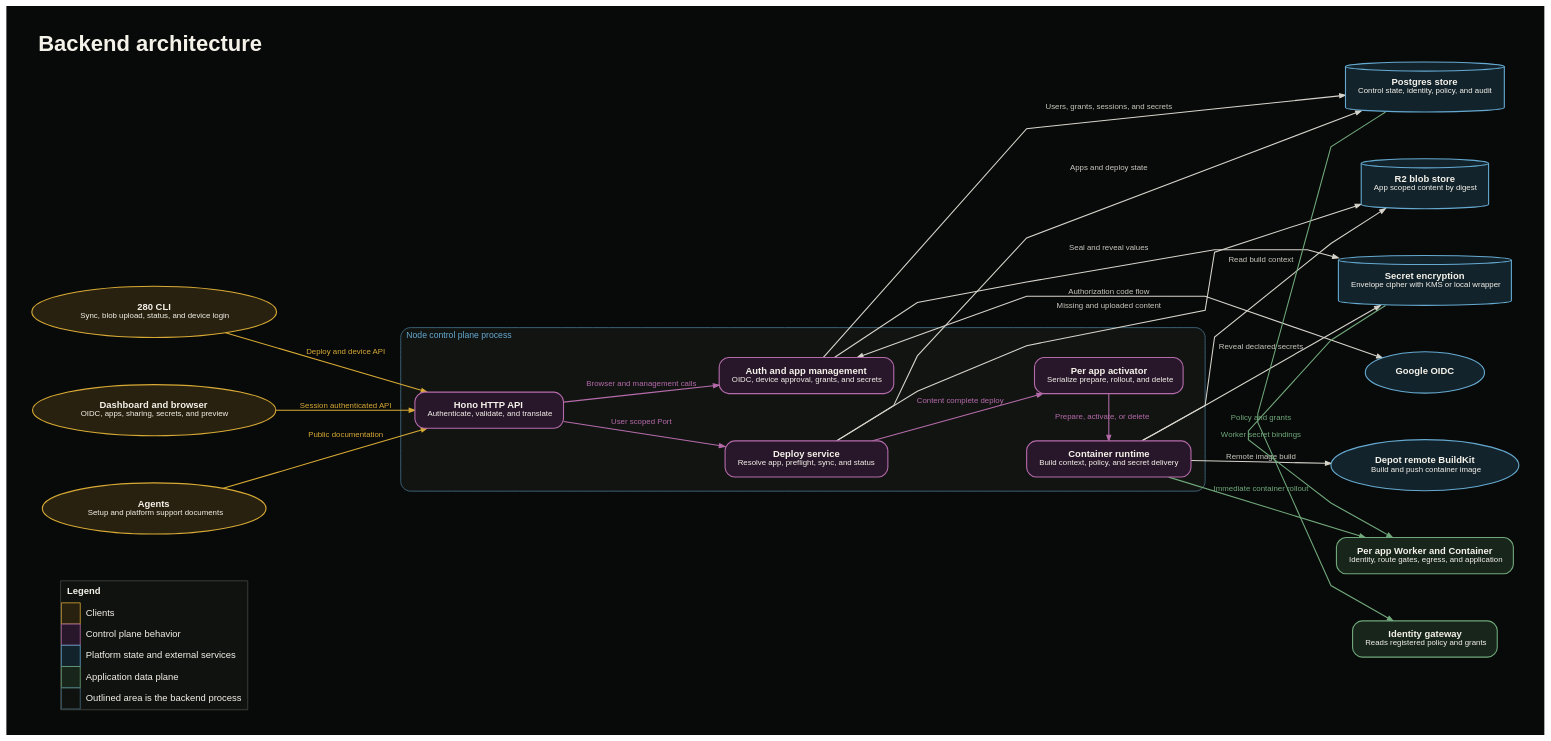
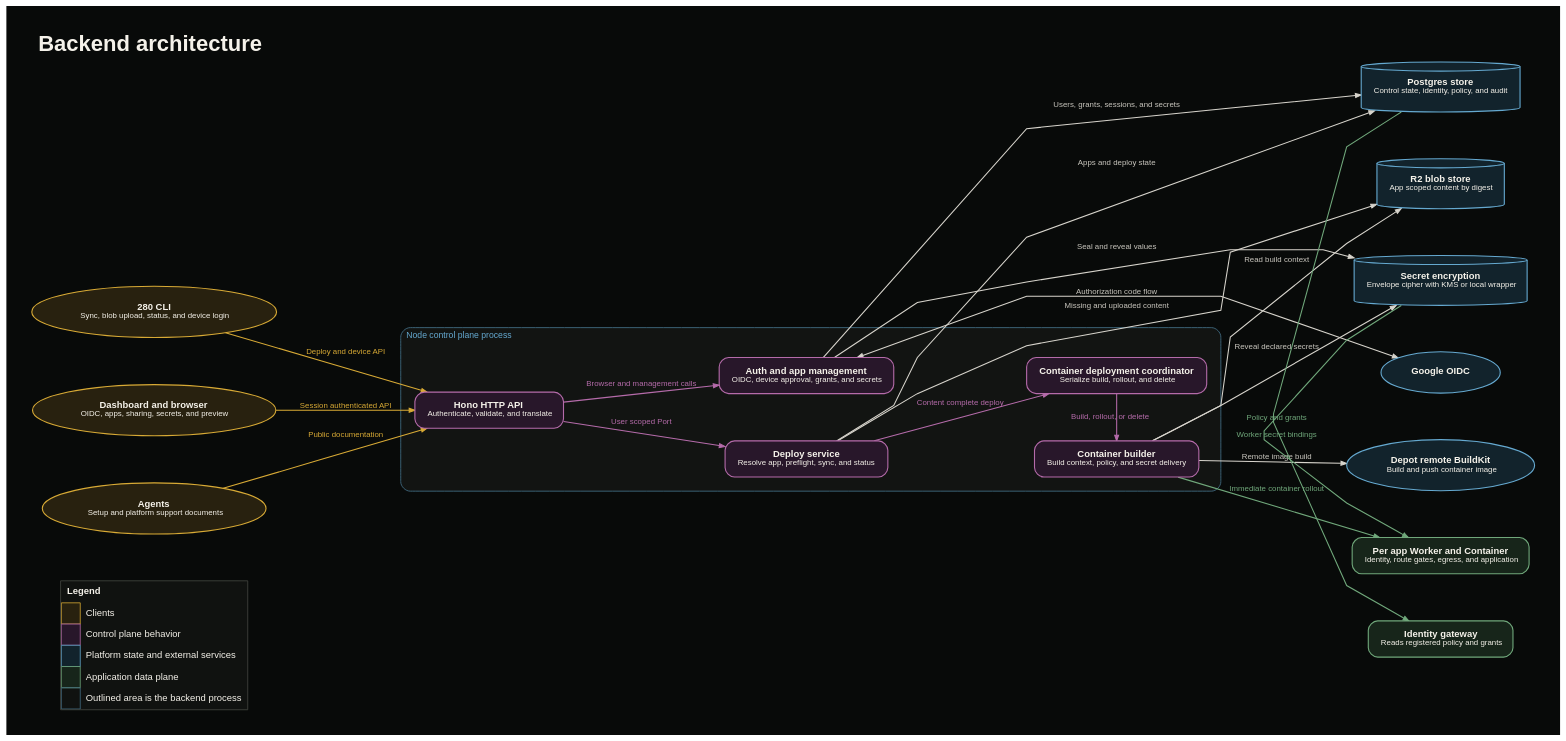
One commit to kadimula/280apps changed the diagram in packages/backend/docs/backend-flow.dot. Above: the diagram before and after it, drawn with Graphviz. The commit also changed 3 other files, not shown here.

Commit message:
no-mistakes(document): update backend docs for ContainerDeploymentCoordinator rename

```diff
--- a/packages/backend/docs/backend-flow.dot
+++ b/packages/backend/docs/backend-flow.dot
@@ -1,191 +1,191 @@
 digraph BackendArchitecture {
   graph [
     rankdir=LR
     bgcolor="#080A09"
     pad="0.45"
     nodesep="0.42"
     ranksep="0.82"
     splines=polyline
     newrank=true
     outputorder=edgesfirst
     fontname="Arial"
     fontcolor="#F5F2EA"
     label=<<B>Backend architecture</B>>
     labelloc=t
     labeljust=l
     fontsize=28
   ]
 
   node [
     shape=rect
     style="rounded,filled"
     margin="0.22,0.16"
     fontname="Arial"
     fontsize=12
     color="#454842"
     fontcolor="#F5F2EA"
     fillcolor="#151816"
     penwidth=1.4
   ]
 
   edge [
     fontname="Arial"
     fontsize=10
     fontcolor="#CAC7BF"
     color="#D7D4CC"
     arrowsize=0.72
     penwidth=1.35
   ]
 
   cli [
     label=<<B>280 CLI</B><BR/><FONT POINT-SIZE="10">Sync, blob upload, status, and device login</FONT>>
     shape=oval
     fillcolor="#28210F"
     color="#D8AA35"
   ]
   dashboard [
     label=<<B>Dashboard and browser</B><BR/><FONT POINT-SIZE="10">OIDC, apps, sharing, secrets, and preview</FONT>>
     shape=oval
     fillcolor="#28210F"
     color="#D8AA35"
   ]
   agents [
     label=<<B>Agents</B><BR/><FONT POINT-SIZE="10">Setup and platform support documents</FONT>>
     shape=oval
     fillcolor="#28210F"
     color="#D8AA35"
   ]
 
   api [
     label=<<B>Hono HTTP API</B><BR/><FONT POINT-SIZE="10">Authenticate, validate, and translate</FONT>>
     fillcolor="#28172A"
     color="#B56BAA"
   ]
   deploy [
     label=<<B>Deploy service</B><BR/><FONT POINT-SIZE="10">Resolve app, preflight, sync, and status</FONT>>
     fillcolor="#28172A"
     color="#B56BAA"
   ]
   auth [
     label=<<B>Auth and app management</B><BR/><FONT POINT-SIZE="10">OIDC, device approval, grants, and secrets</FONT>>
     fillcolor="#28172A"
     color="#B56BAA"
   ]
   activator [
-    label=<<B>Per app activator</B><BR/><FONT POINT-SIZE="10">Serialize prepare, rollout, and delete</FONT>>
+    label=<<B>Container deployment coordinator</B><BR/><FONT POINT-SIZE="10">Serialize build, rollout, and delete</FONT>>
     fillcolor="#28172A"
     color="#B56BAA"
   ]
   runtime [
-    label=<<B>Container runtime</B><BR/><FONT POINT-SIZE="10">Build context, policy, and secret delivery</FONT>>
+    label=<<B>Container builder</B><BR/><FONT POINT-SIZE="10">Build context, policy, and secret delivery</FONT>>
     fillcolor="#28172A"
     color="#B56BAA"
   ]
 
   postgres [
     label=<<B>Postgres store</B><BR/><FONT POINT-SIZE="10">Control state, identity, policy, and audit</FONT>>
     shape=cylinder
     fillcolor="#12232C"
     color="#65A9D0"
   ]
   blobs [
     label=<<B>R2 blob store</B><BR/><FONT POINT-SIZE="10">App scoped content by digest</FONT>>
     shape=cylinder
     fillcolor="#12232C"
     color="#65A9D0"
   ]
   kms [
     label=<<B>Secret encryption</B><BR/><FONT POINT-SIZE="10">Envelope cipher with KMS or local wrapper</FONT>>
     shape=cylinder
     fillcolor="#12232C"
     color="#65A9D0"
   ]
   oidc [
     label=<<B>Google OIDC</B>>
     shape=oval
     fillcolor="#12232C"
     color="#65A9D0"
   ]
   depot [
     label=<<B>Depot remote BuildKit</B><BR/><FONT POINT-SIZE="10">Build and push container image</FONT>>
     shape=oval
     fillcolor="#12232C"
     color="#65A9D0"
   ]
   cloudflare [
     label=<<B>Per app Worker and Container</B><BR/><FONT POINT-SIZE="10">Identity, route gates, egress, and application</FONT>>
     fillcolor="#17251A"
     color="#70A87B"
   ]
   gateway [
     label=<<B>Identity gateway</B><BR/><FONT POINT-SIZE="10">Reads registered policy and grants</FONT>>
     fillcolor="#17251A"
     color="#70A87B"
   ]
 
   legend [
     shape=plain
     margin=0
     label=<<TABLE BORDER="1" CELLBORDER="0" CELLSPACING="0" CELLPADDING="7" COLOR="#454842" BGCOLOR="#101210">
       <TR><TD COLSPAN="2" ALIGN="LEFT"><B>Legend</B></TD></TR>
       <TR><TD BGCOLOR="#28210F" BORDER="1" COLOR="#D8AA35" WIDTH="24"></TD><TD ALIGN="LEFT">Clients</TD></TR>
       <TR><TD BGCOLOR="#28172A" BORDER="1" COLOR="#B56BAA"></TD><TD ALIGN="LEFT">Control plane behavior</TD></TR>
       <TR><TD BGCOLOR="#12232C" BORDER="1" COLOR="#65A9D0"></TD><TD ALIGN="LEFT">Platform state and external services</TD></TR>
       <TR><TD BGCOLOR="#17251A" BORDER="1" COLOR="#70A87B"></TD><TD ALIGN="LEFT">Application data plane</TD></TR>
       <TR><TD BORDER="1" COLOR="#426C84"></TD><TD ALIGN="LEFT">Outlined area is the backend process</TD></TR>
     </TABLE>>
   ]
 
   subgraph cluster_backend {
     label="Node control plane process"
     style="rounded,filled"
     color="#426C84"
     fillcolor="#121412"
     fontcolor="#65A9D0"
     fontsize=11
     penwidth=1.1
     margin=18
     api
     deploy
     auth
     activator
     runtime
   }
 
   { rank=same; cli; dashboard; agents; legend }
   { rank=same; deploy; auth }
   { rank=same; activator; runtime }
   { rank=same; postgres; blobs; kms; oidc; depot; cloudflare; gateway }
 
   cli -> api [label="Deploy and device API", color="#D8AA35", fontcolor="#D8AA35"]
   dashboard -> api [label="Session authenticated API", color="#D8AA35", fontcolor="#D8AA35"]
   agents -> api [label="Public documentation", color="#D8AA35", fontcolor="#D8AA35"]
 
   api -> deploy [label="User scoped Port", color="#B56BAA", fontcolor="#B56BAA"]
   api -> auth [label="Browser and management calls", color="#B56BAA", fontcolor="#B56BAA"]
   deploy -> activator [label="Content complete deploy", color="#B56BAA", fontcolor="#B56BAA"]
-  activator -> runtime [label="Prepare, activate, or delete", color="#B56BAA", fontcolor="#B56BAA", constraint=false]
+  activator -> runtime [label="Build, rollout, or delete", color="#B56BAA", fontcolor="#B56BAA", constraint=false]
 
   deploy -> postgres [label="Apps and deploy state"]
   deploy -> blobs [label="Missing and uploaded content"]
   auth -> postgres [label="Users, grants, sessions, and secrets"]
   auth -> kms [label="Seal and reveal values"]
   auth -> oidc [dir=both, label="Authorization code flow"]
   runtime -> blobs [label="Read build context"]
   runtime -> kms [label="Reveal declared secrets"]
   runtime -> depot [label="Remote image build"]
   runtime -> cloudflare [label="Immediate container rollout", color="#70A87B", fontcolor="#70A87B"]
   kms -> cloudflare [label="Worker secret bindings", color="#70A87B", fontcolor="#70A87B", constraint=false]
   postgres -> gateway [label="Policy and grants", color="#70A87B", fontcolor="#70A87B"]
 
   cli -> dashboard [style=invis, weight=10]
   dashboard -> agents [style=invis, weight=10]
   agents -> legend [style=invis, weight=10]
   deploy -> auth [style=invis, weight=10]
   postgres -> blobs [style=invis, weight=10]
   blobs -> kms [style=invis, weight=10]
   kms -> oidc [style=invis, weight=10]
   oidc -> depot [style=invis, weight=10]
   depot -> cloudflare [style=invis, weight=10]
   cloudflare -> gateway [style=invis, weight=10]
 }
```
